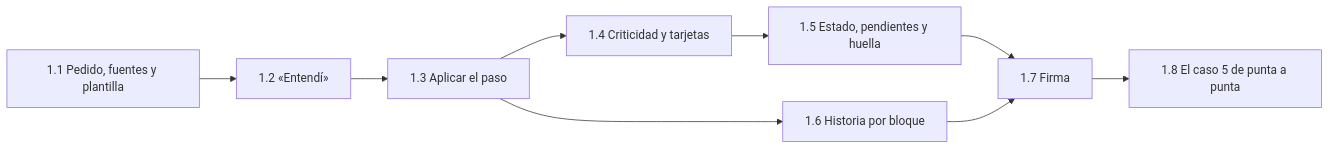
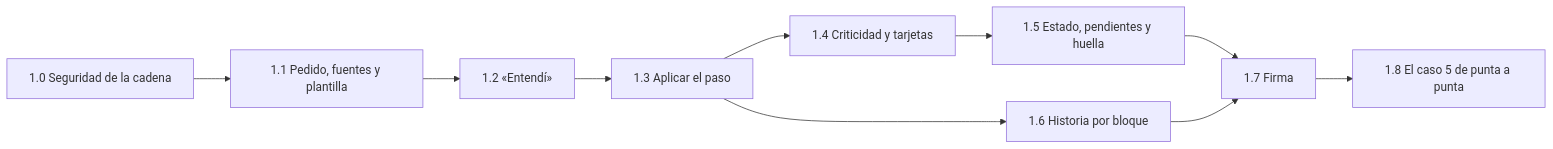
The second of 2 diagrams in docs/construccion/backlog-r1.md (LaurenteEber/tupaqnin), drawn with Mermaid before and after one commit. The commit also changed other lines of this file and 659 other files, not shown here.

````diff
--- a/docs/construccion/backlog-r1.md
+++ b/docs/construccion/backlog-r1.md
@@ -64,11 +66,12 @@
 ```mermaid
 flowchart LR
+  P0["1.0 Seguridad de la cadena"] --> P1
   P1["1.1 Pedido, fuentes y plantilla"] --> P2["1.2 «Entendí»"]
   P2 --> P3["1.3 Aplicar el paso"]
   P3 --> P4["1.4 Criticidad y tarjetas"]
   P3 --> P6["1.6 Historia por bloque"]
   P4 --> P5["1.5 Estado, pendientes y huella"]
   P5 --> P7["1.7 Firma"]
   P6 --> P7
   P7 --> P8["1.8 El caso 5 de punta a punta"]
 ```
````
